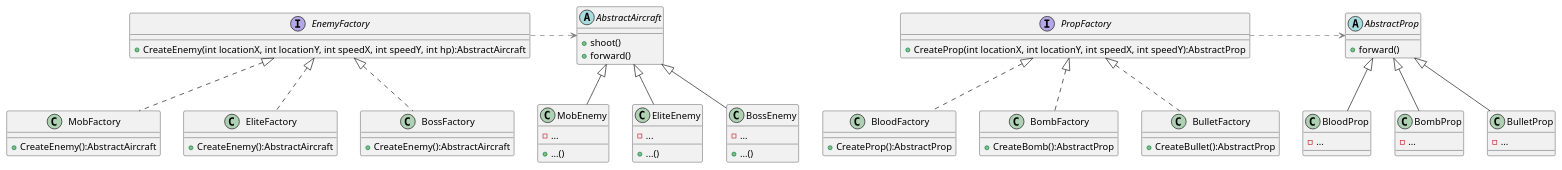
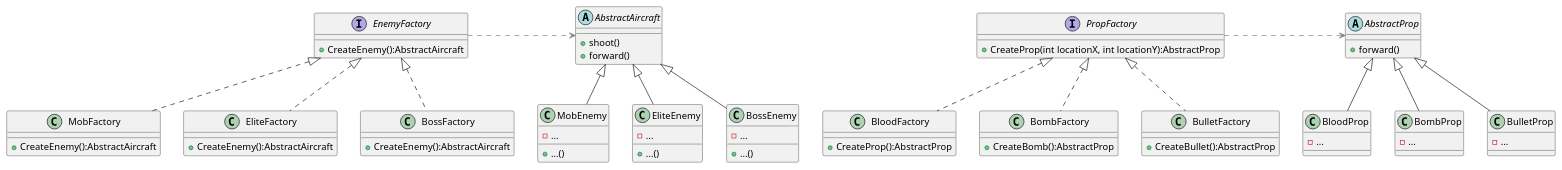
One commit to huang-feiyu/AircraftWar-lab changed the diagram in uml/Factory.puml. Above: the diagram before and after it, drawn with PlantUML. The commit also changed 21 other files, not shown here.

```diff
--- a/uml/Factory.puml
+++ b/uml/Factory.puml
@@ -1,85 +1,85 @@
 @startuml
 
 abstract class AbstractAircraft {
     + shoot()
     + forward()
 }
 
 interface EnemyFactory {
-    + CreateEnemy(int locationX, int locationY, int speedX, int speedY, int hp):AbstractAircraft
+    + CreateEnemy():AbstractAircraft
 }
 
 class MobFactory {
     + CreateEnemy():AbstractAircraft
 }
 
 class EliteFactory {
     + CreateEnemy():AbstractAircraft
 }
 
 class BossFactory {
     + CreateEnemy():AbstractAircraft
 }
 
 class MobEnemy {
     - ...
     + ...()
 }
 
 class EliteEnemy {
     - ...
     + ...()
 }
 
 class BossEnemy {
     - ...
     + ...()
 }
 EnemyFactory .> AbstractAircraft #line:grey;line.bold;line.dashed
 AbstractAircraft <|-- MobEnemy
 AbstractAircraft <|-- EliteEnemy
 AbstractAircraft <|-- BossEnemy
 EnemyFactory <|.. MobFactory
 EnemyFactory <|.. EliteFactory
 EnemyFactory <|.. BossFactory
 
 abstract class AbstractProp {
     + forward()
 }
 
 interface PropFactory {
-    + CreateProp(int locationX, int locationY, int speedX, int speedY):AbstractProp
+    + CreateProp(int locationX, int locationY):AbstractProp
 }
 
 class BloodFactory {
     + CreateProp():AbstractProp
 }
 
 class BombFactory {
     + CreateBomb():AbstractProp
 }
 
 class BulletFactory {
     + CreateBullet():AbstractProp
 }
 
 class BloodProp {
     - ...
 }
 
 class BombProp {
     - ...
 }
 
 class BulletProp {
     - ...
 }
 PropFactory .> AbstractProp #line:grey;line.bold;line.dashed
 AbstractProp <|-- BloodProp
 AbstractProp <|-- BombProp
 AbstractProp <|-- BulletProp
 PropFactory <|.. BloodFactory
 PropFactory <|.. BombFactory
 PropFactory <|.. BulletFactory
 
 @enduml
```
